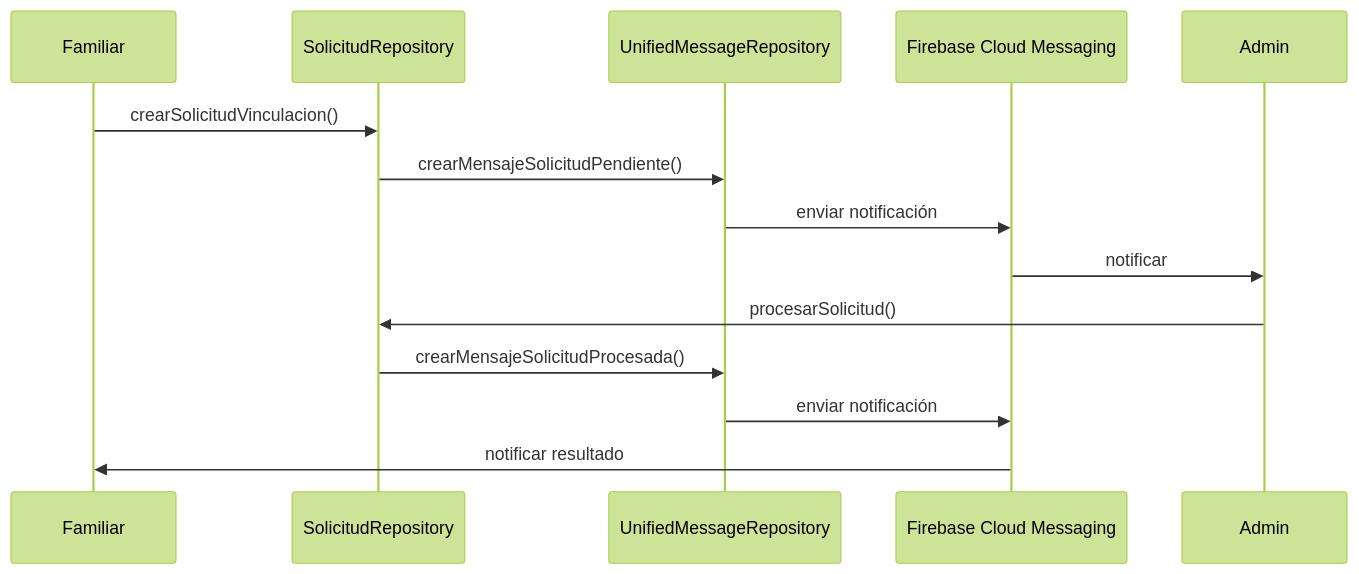
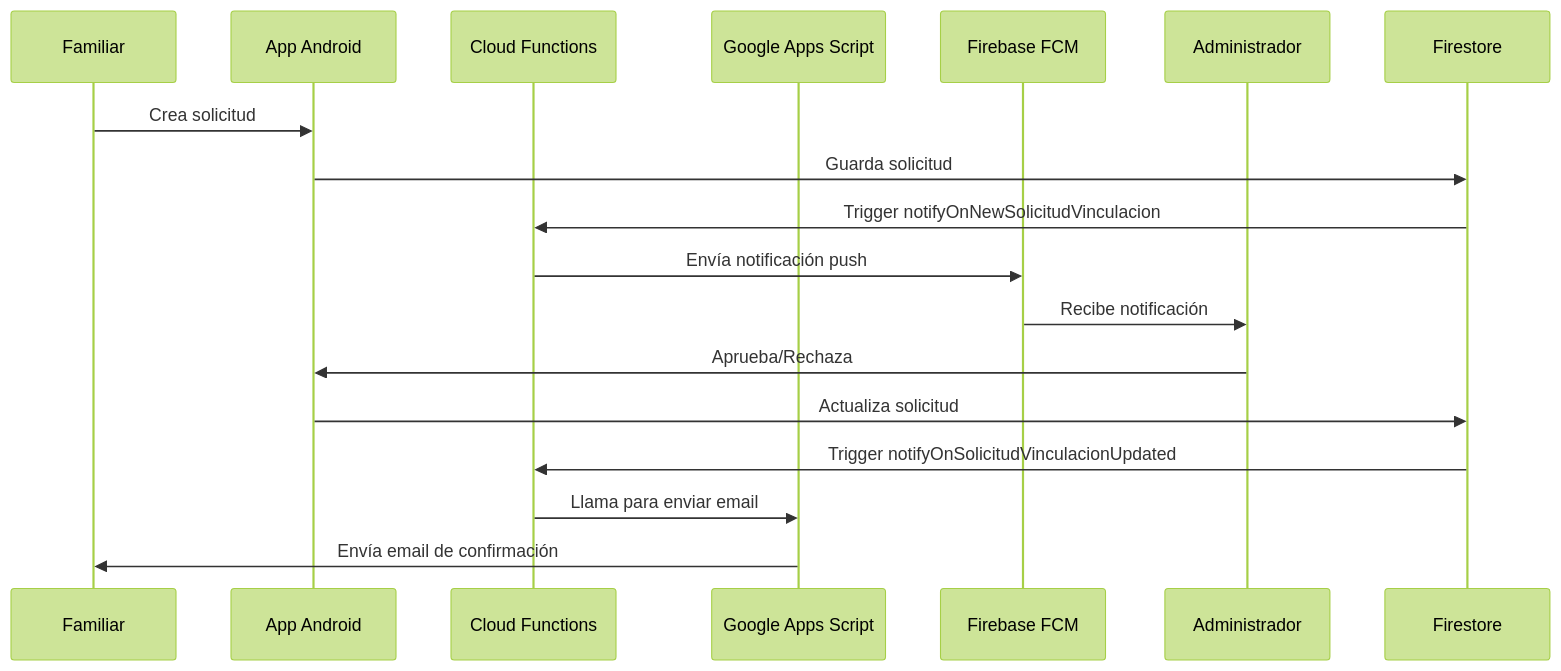
Before and after one commit to Nojabeach/UmeEgunero: the second of 3 diagrams in docs/Sistema_Notificaciones.md, drawn with Mermaid (forest theme). The commit also changed other lines of this file and 44 other files, not shown here.

````diff
--- a/docs/Sistema_Notificaciones.md
+++ b/docs/Sistema_Notificaciones.md
@@ -242,18 +171,21 @@
 ```mermaid
 sequenceDiagram
-    participant Familiar
-    participant SolicitudRepo as SolicitudRepository
-    participant UMR as UnifiedMessageRepository
-    participant FCM as Firebase Cloud Messaging
-    participant Admin
+    participant F as Familiar
+    participant A as App Android
+    participant CF as Cloud Functions
+    participant GAS as Google Apps Script
+    participant FCM as Firebase FCM
+    participant Admin as Administrador
+
+    F->>A: Crea solicitud
+    A->>Firestore: Guarda solicitud
+    Firestore->>CF: Trigger notifyOnNewSolicitudVinculacion
+    CF->>FCM: Envía notificación push
+    FCM->>Admin: Recibe notificación
     
-    Familiar->>SolicitudRepo: crearSolicitudVinculacion()
-    SolicitudRepo->>UMR: crearMensajeSolicitudPendiente()
-    UMR->>FCM: enviar notificación
-    FCM->>Admin: notificar
-    
-    Admin->>SolicitudRepo: procesarSolicitud()
-    SolicitudRepo->>UMR: crearMensajeSolicitudProcesada()
-    UMR->>FCM: enviar notificación
-    FCM->>Familiar: notificar resultado
+    Admin->>A: Aprueba/Rechaza
+    A->>Firestore: Actualiza solicitud
+    Firestore->>CF: Trigger notifyOnSolicitudVinculacionUpdated
+    CF->>GAS: Llama para enviar email
+    GAS->>F: Envía email de confirmación
 ```
````
